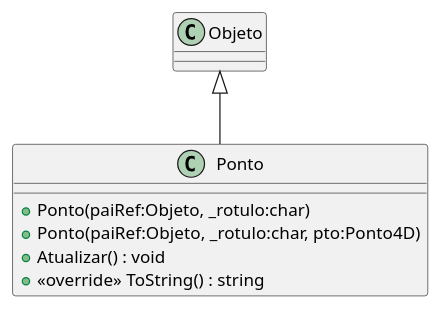
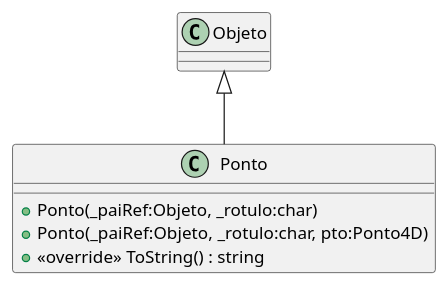
Before and after one commit to gcgfurb/CG_2024-2_not_equipe-09: the diagram in Unidade3/CG_N3_Exemplo/plantuml/Ponto.puml, drawn with PlantUML. The commit also changed 14 other files, not shown here.

```diff
--- a/Unidade3/CG_N3_Exemplo/plantuml/Ponto.puml
+++ b/Unidade3/CG_N3_Exemplo/plantuml/Ponto.puml
@@ -1,9 +1,8 @@
-@startuml
+@startuml Ponto
 class Ponto {
-    + Ponto(paiRef:Objeto, _rotulo:char)
-    + Ponto(paiRef:Objeto, _rotulo:char, pto:Ponto4D)
-    + Atualizar() : void
+    + Ponto(_paiRef:Objeto, _rotulo:char)
+    + Ponto(_paiRef:Objeto, _rotulo:char, pto:Ponto4D)
     + <<override>> ToString() : string
 }
 Objeto <|-- Ponto
 @enduml
```
